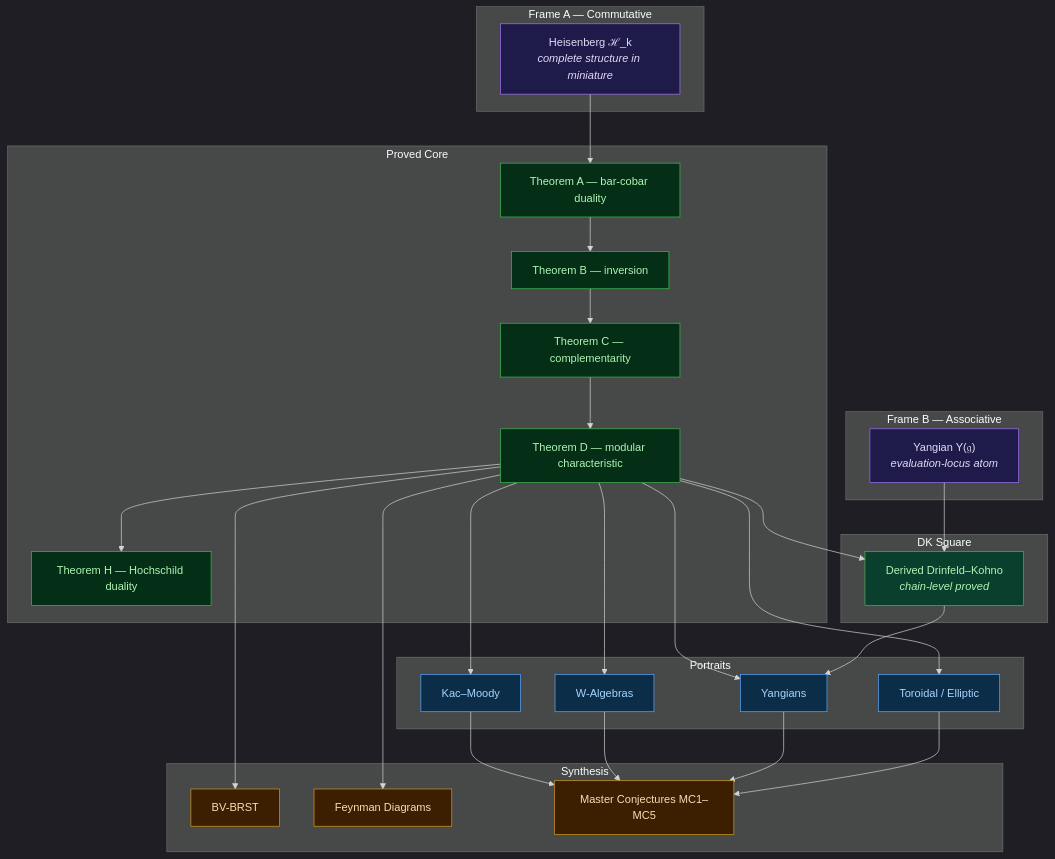
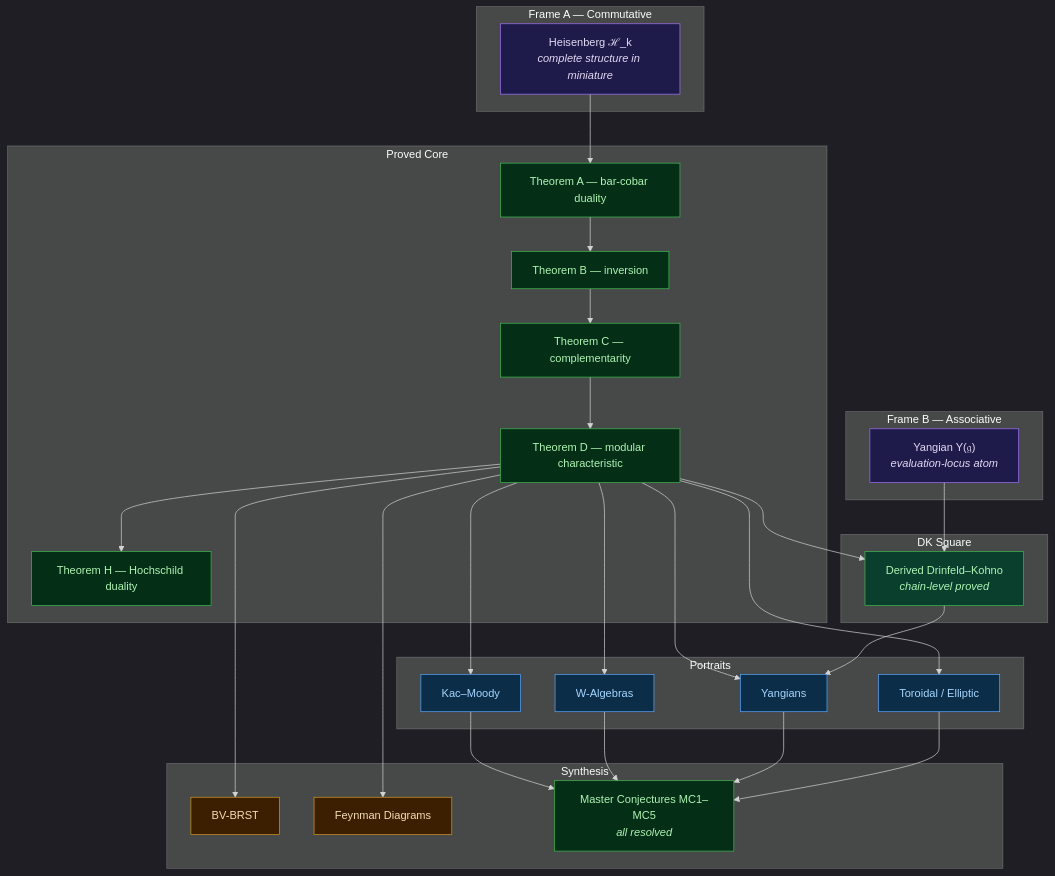
The diagram in README.md (raeez/chiral-bar-cobar), drawn with Mermaid before and after one commit. The commit also changed other lines of this file and 10 other files, not shown here.

````diff
--- a/README.md
+++ b/README.md
@@ -165,62 +178,62 @@
 ```mermaid
 %%{init:{'theme':'dark'}}%%
 graph TD
     subgraph FA["Frame A — Commutative"]
         F1["Heisenberg ℋ_k<br><i>complete structure in miniature</i>"]
     end
 
     subgraph FB["Frame B — Associative"]
         F2["Yangian Y(𝔤)<br><i>evaluation-locus atom</i>"]
     end
 
     subgraph CB["Proved Core"]
         C1["Theorem A — bar-cobar duality"]
         C2["Theorem B — inversion"]
         C3["Theorem C — complementarity"]
         C4["Theorem D — modular characteristic"]
         C5["Theorem H — Hochschild duality"]
     end
 
     subgraph DK["DK Square"]
         D1["Derived Drinfeld–Kohno<br><i>chain-level proved</i>"]
     end
 
     subgraph PO["Portraits"]
         P1["Kac–Moody"]
         P2["W-Algebras"]
         P3["Yangians"]
         P4["Toroidal / Elliptic"]
     end
 
     subgraph SY["Synthesis"]
         S1["BV-BRST"]
         S2["Feynman Diagrams"]
-        S3["Master Conjectures MC1–MC5"]
+        S3["Master Conjectures MC1–MC5<br><i>all resolved</i>"]
     end
 
     F1 --> C1
     F2 --> D1
     C1 --> C2 --> C3 --> C4
     C4 --> C5
     C4 --> D1
     C4 --> P1 & P2 & P3 & P4
     D1 --> P3
     P1 & P2 & P3 & P4 --> S3
     C4 --> S1 & S2
 
     style F1 fill:#1e1b4b,stroke:#a371f7,color:#e2d9f3
     style F2 fill:#1e1b4b,stroke:#a371f7,color:#e2d9f3
     style C1 fill:#052e16,stroke:#3fb950,color:#aff5b4
     style C2 fill:#052e16,stroke:#3fb950,color:#aff5b4
     style C3 fill:#052e16,stroke:#3fb950,color:#aff5b4
     style C4 fill:#052e16,stroke:#3fb950,color:#aff5b4
     style C5 fill:#052e16,stroke:#3fb950,color:#aff5b4
     style D1 fill:#0a3f2e,stroke:#3fb950,color:#aff5b4
     style P1 fill:#0c2d48,stroke:#58a6ff,color:#a5d6ff
     style P2 fill:#0c2d48,stroke:#58a6ff,color:#a5d6ff
     style P3 fill:#0c2d48,stroke:#58a6ff,color:#a5d6ff
     style P4 fill:#0c2d48,stroke:#58a6ff,color:#a5d6ff
     style S1 fill:#3b1f00,stroke:#d29922,color:#f5deb3
     style S2 fill:#3b1f00,stroke:#d29922,color:#f5deb3
-    style S3 fill:#3b1f00,stroke:#d29922,color:#f5deb3
+    style S3 fill:#052e16,stroke:#3fb950,color:#aff5b4
 ```
````
